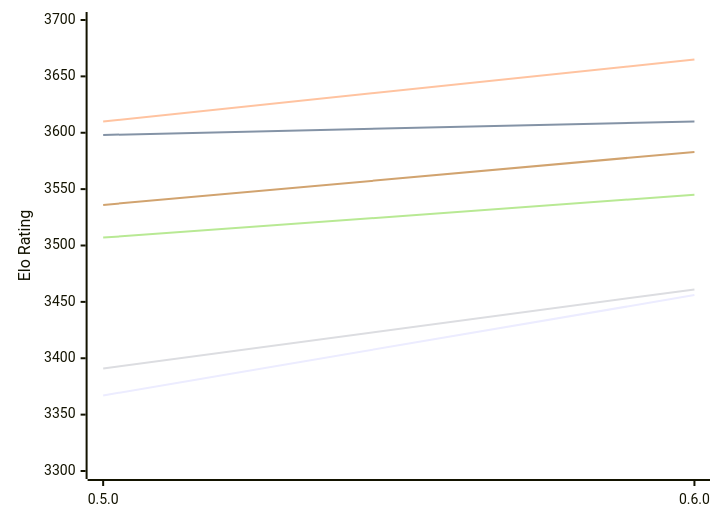
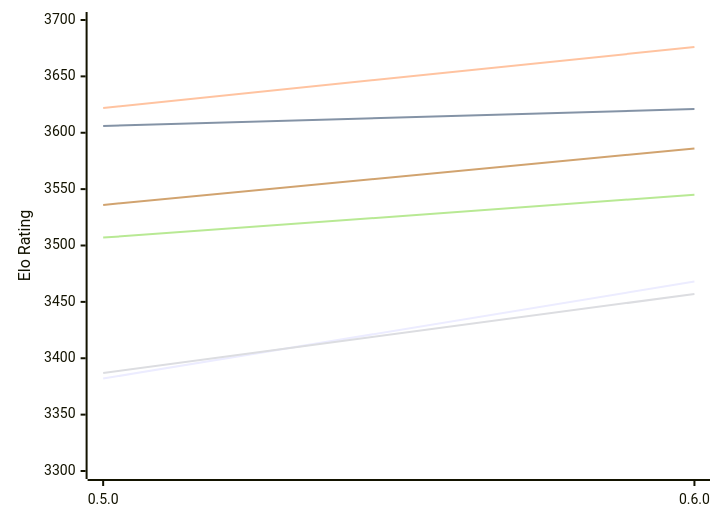
The diagram in engines/Incipit.md (computer-chess-index/cci), drawn with Mermaid before and after one commit. The commit also changed other lines of this file, not shown here.

Commit message:
Update CCI Ratings (ELO VLTC) - 2026-11-16

````diff
--- a/engines/Incipit.md
+++ b/engines/Incipit.md
@@ -49,12 +49,12 @@
 ```mermaid
 %%{init: {"theme":"base","themeVariables":{"seriesColors:['#a3a3a3','#222221','#faa371']}}}%%
 xychart-beta
   x-axis ["0.5.0", "0.6.0"]
   y-axis "Elo Rating" 3300 --> 3700
-  line "E1: STC (8.0+0.08s)" [3367, 3456]
-  line "E1: LTC (60.0+0.60s)" [3598, 3610]
-  line "E1: VLTC (2m24s+1.12s)" [3610, 3665]
-  line "P1: STC (8.0+0.08s)" [3391, 3461]
+  line "E1: STC (8.0+0.08s)" [3382, 3468]
+  line "E1: LTC (60.0+0.60s)" [3606, 3621]
+  line "E1: VLTC (2m24s+1.12s)" [3622, 3676]
+  line "P1: STC (8.0+0.08s)" [3387, 3457]
   line "P1: LTC (60.0+0.60s)" [3507, 3545]
-  line "P1: VLTC (2m24s+1.12s)" [3536, 3583]
+  line "P1: VLTC (2m24s+1.12s)" [3536, 3586]
 ```
````
